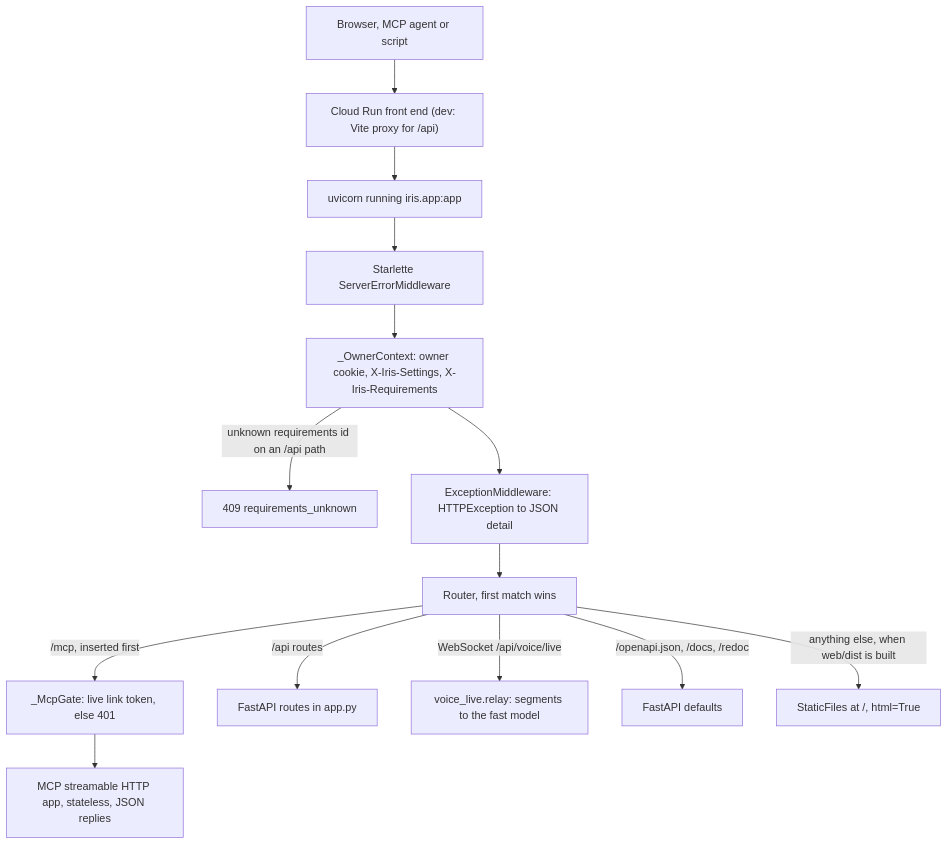
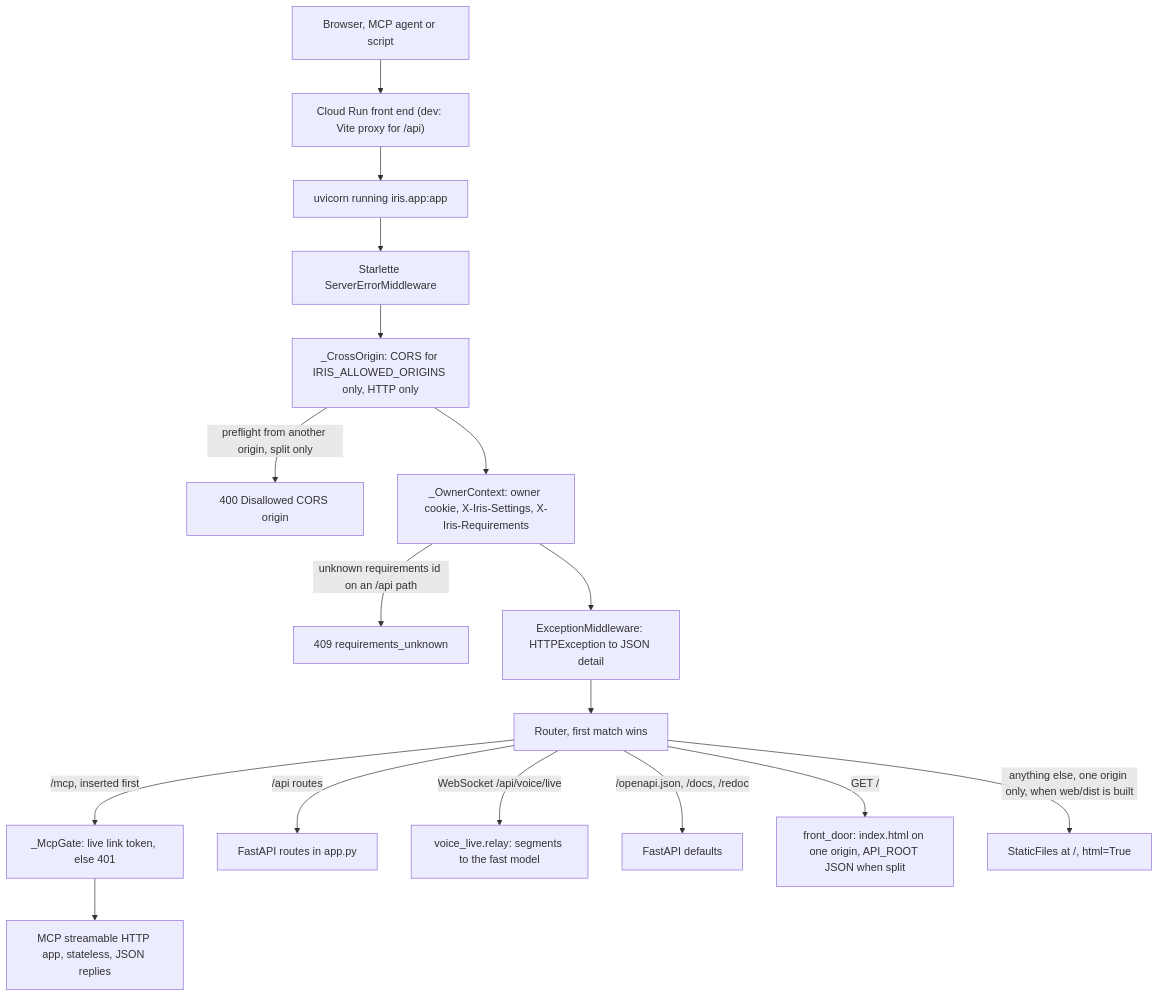
Before and after one commit to Saravana-Rajan/IRIS: the first of 3 diagrams in docs/architecture/10-http-api-and-streams.md, drawn with Mermaid. The commit also changed other lines of this file and 36 other files, not shown here.

First line of the commit message:
Auto-deploy: push to main deploys FastAPI to Cloud Run (iris-api) and React to Firebase Hosting

````diff
--- a/docs/architecture/10-http-api-and-streams.md
+++ b/docs/architecture/10-http-api-and-streams.md
@@ -43,16 +52,19 @@
 ```mermaid
 flowchart TD
     client["Browser, MCP agent or script"] --> edge["Cloud Run front end (dev: Vite proxy for /api)"]
     edge --> uv["uvicorn running iris.app:app"]
     uv --> err["Starlette ServerErrorMiddleware"]
-    err --> ownerMw["_OwnerContext: owner cookie, X-Iris-Settings, X-Iris-Requirements"]
+    err --> crossMw["_CrossOrigin: CORS for IRIS_ALLOWED_ORIGINS only, HTTP only"]
+    crossMw -->|"preflight from another origin, split only"| r400["400 Disallowed CORS origin"]
+    crossMw --> ownerMw["_OwnerContext: owner cookie, X-Iris-Settings, X-Iris-Requirements"]
     ownerMw -->|"unknown requirements id on an /api path"| r409["409 requirements_unknown"]
     ownerMw --> exc["ExceptionMiddleware: HTTPException to JSON detail"]
     exc --> router["Router, first match wins"]
     router -->|"/mcp, inserted first"| gate["_McpGate: live link token, else 401"]
     gate --> mcpApp["MCP streamable HTTP app, stateless, JSON replies"]
     router -->|"/api routes"| routes["FastAPI routes in app.py"]
     router -->|"WebSocket /api/voice/live"| voice["voice_live.relay: segments to the fast model"]
     router -->|"/openapi.json, /docs, /redoc"| fastapiDocs["FastAPI defaults"]
-    router -->|"anything else, when web/dist is built"| staticFiles["StaticFiles at /, html=True"]
+    router -->|"GET /"| front["front_door: index.html on one origin, API_ROOT JSON when split"]
+    router -->|"anything else, one origin only, when web/dist is built"| staticFiles["StaticFiles at /, html=True"]
 ```
````
